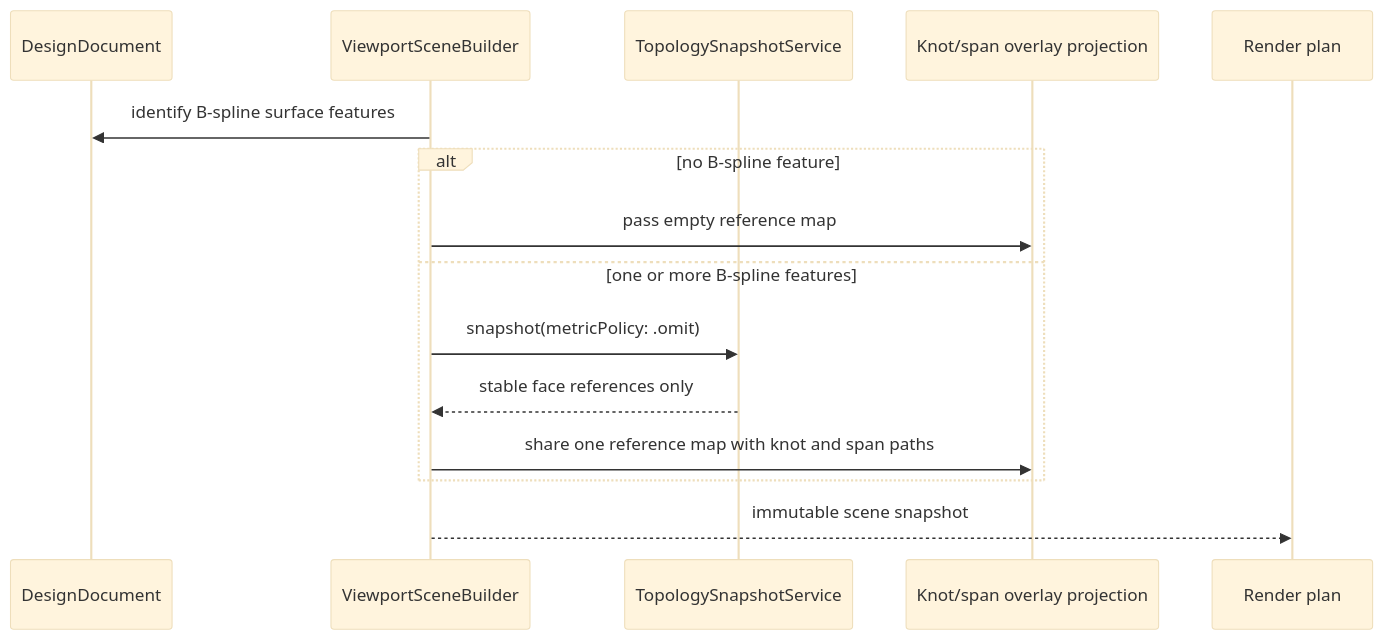
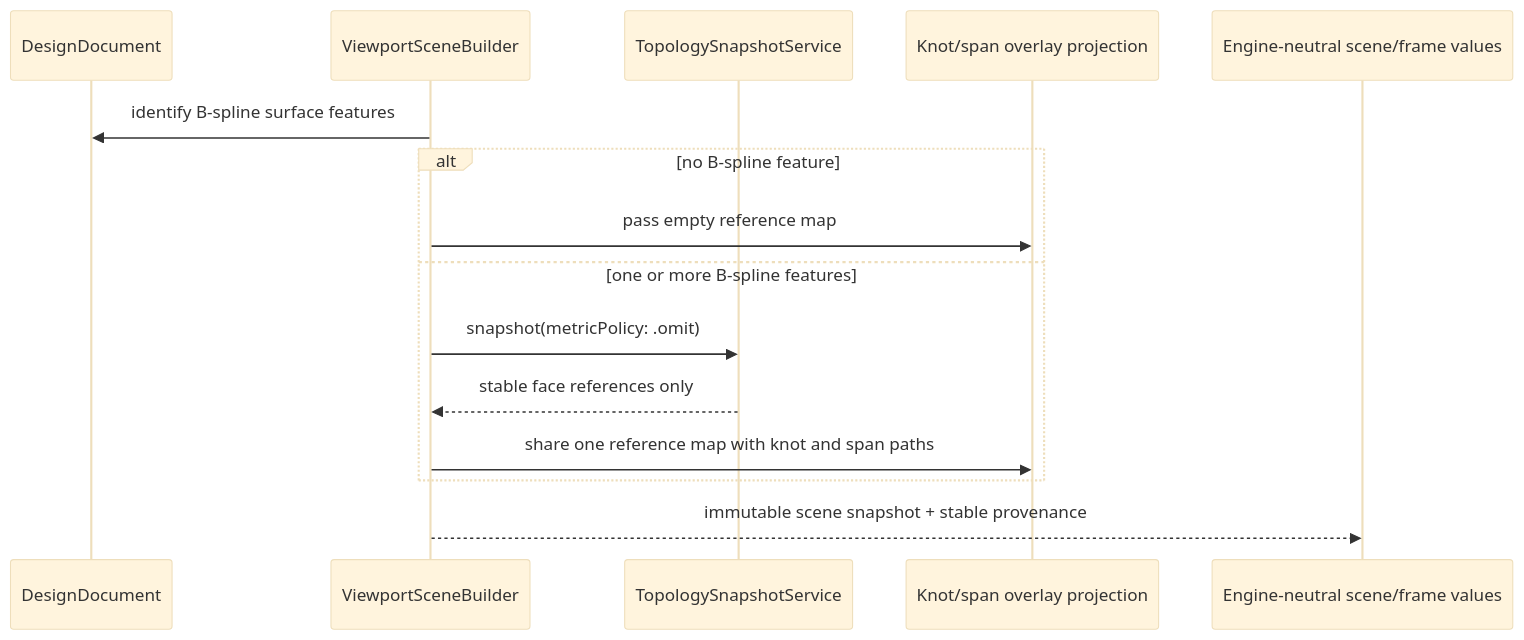
The second of 2 diagrams in RupaKit/Sources/RupaViewportScene/DESIGN.md (1amageek/Rupa), drawn with Mermaid (base theme) before and after one commit. The commit also changed other lines of this file and 76 other files, not shown here.

````diff
--- a/RupaKit/Sources/RupaViewportScene/DESIGN.md
+++ b/RupaKit/Sources/RupaViewportScene/DESIGN.md
@@ -110,17 +237,17 @@
 ```mermaid
 sequenceDiagram
     participant D as DesignDocument
     participant B as ViewportSceneBuilder
     participant T as TopologySnapshotService
     participant O as Knot/span overlay projection
-    participant R as Render plan
+    participant R as Engine-neutral scene/frame values
     B->>D: identify B-spline surface features
     alt no B-spline feature
         B->>O: pass empty reference map
     else one or more B-spline features
         B->>T: snapshot(metricPolicy: .omit)
         T-->>B: stable face references only
         B->>O: share one reference map with knot and span paths
     end
-    B-->>R: immutable scene snapshot
+    B-->>R: immutable scene snapshot + stable provenance
 ```
````
